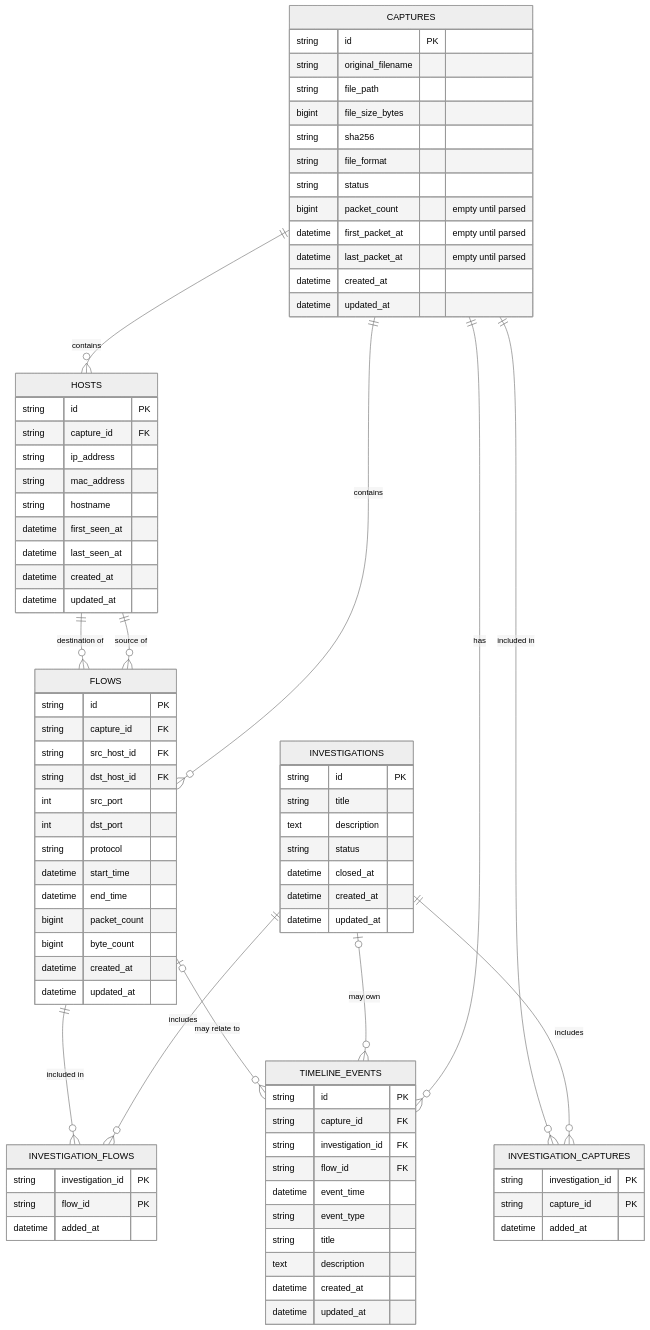
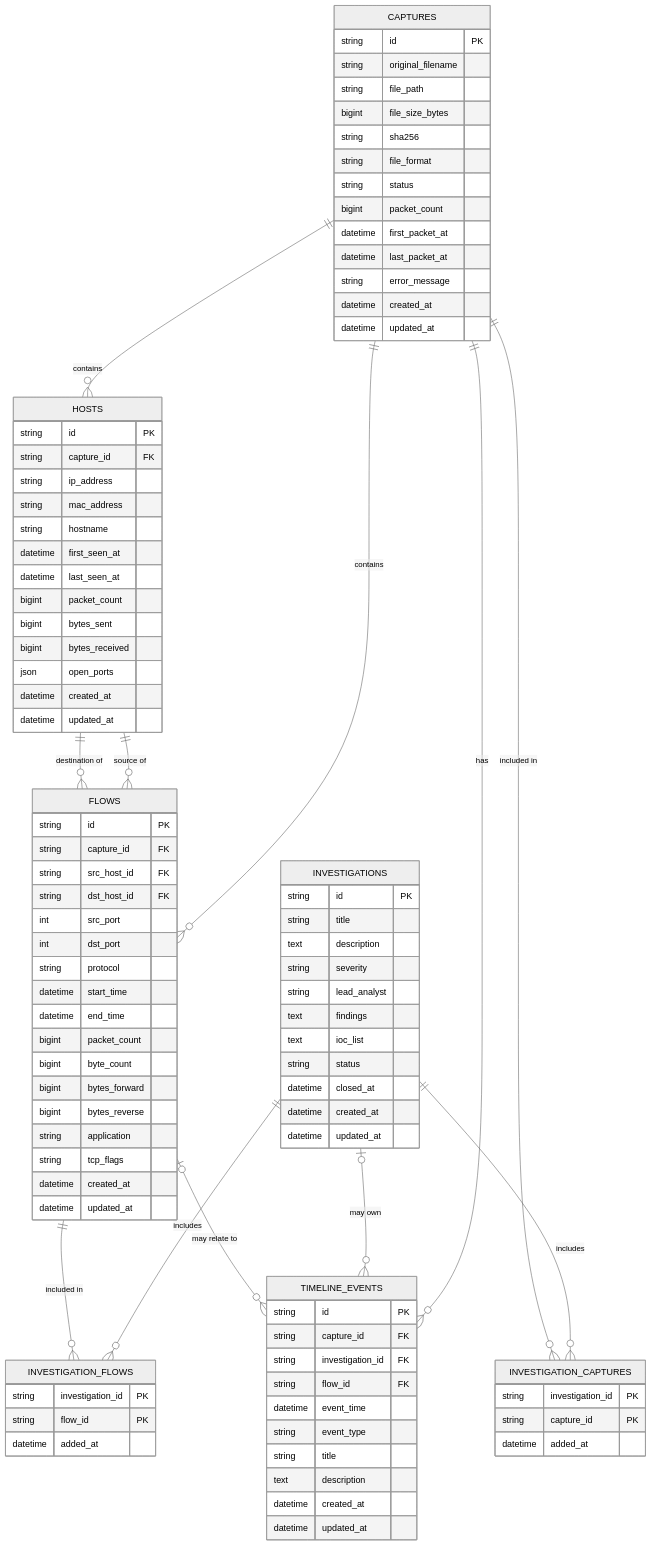
One commit to mraza01-byte/PCAP-analyzer changed the diagram in apps/backend/docs/DATABASE.md. Above: the diagram before and after it, drawn with Mermaid (neutral theme). The commit also changed other lines of this file and 37 other files, not shown here.

```diff
--- a/apps/backend/docs/DATABASE.md
+++ b/apps/backend/docs/DATABASE.md
@@ -49,9 +49,10 @@
         string sha256
         string file_format
         string status
-        bigint packet_count "empty until parsed"
-        datetime first_packet_at "empty until parsed"
-        datetime last_packet_at "empty until parsed"
+        bigint packet_count
+        datetime first_packet_at
+        datetime last_packet_at
+        string error_message
         datetime created_at
         datetime updated_at
     }
@@ -63,6 +64,10 @@
         string hostname
         datetime first_seen_at
         datetime last_seen_at
+        bigint packet_count
+        bigint bytes_sent
+        bigint bytes_received
+        json open_ports
         datetime created_at
         datetime updated_at
     }
@@ -78,6 +83,10 @@
         datetime end_time
         bigint packet_count
         bigint byte_count
+        bigint bytes_forward
+        bigint bytes_reverse
+        string application
+        string tcp_flags
         datetime created_at
         datetime updated_at
     }
@@ -85,6 +94,10 @@
         string id PK
         string title
         text description
+        string severity
+        string lead_analyst
+        text findings
+        text ioc_list
         string status
         datetime closed_at
         datetime created_at
```
